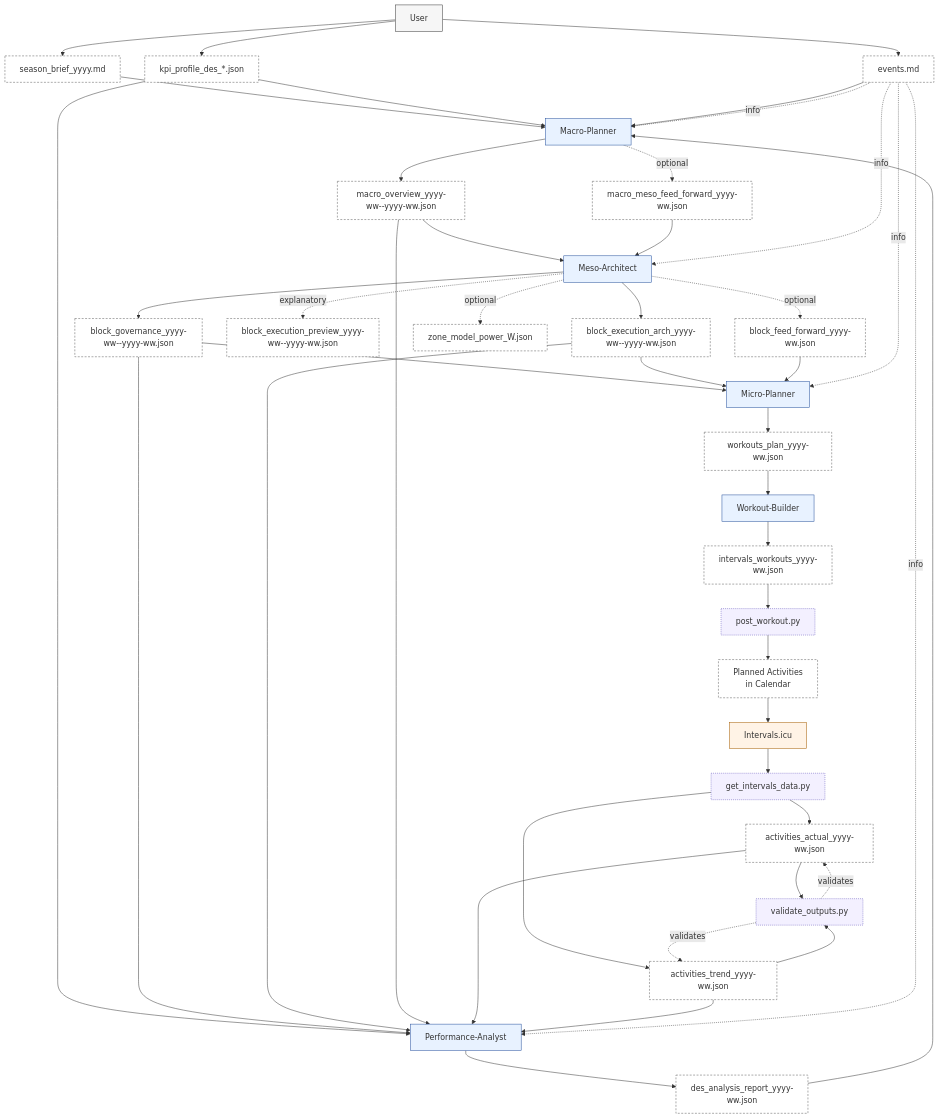
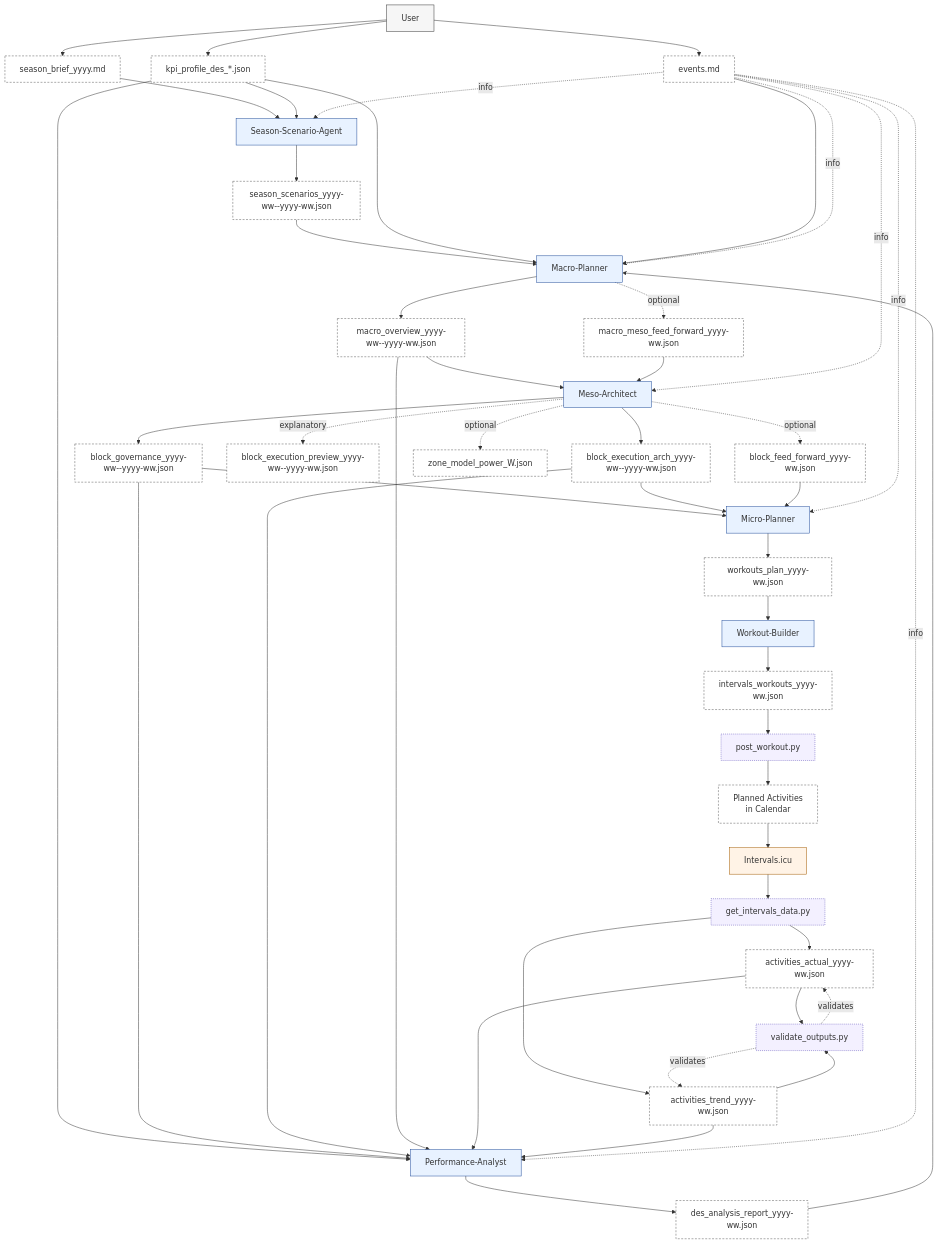
Before and after one commit to albauer-priv/RPS: the first of 8 diagrams in doc/artefact_flow_overview_and_detail.md, drawn with Mermaid. The commit also changed other lines of this file and 24 other files, not shown here.

Commit message:
Add season scenario agent and selection flow

```diff
--- a/doc/artefact_flow_overview_and_detail.md
+++ b/doc/artefact_flow_overview_and_detail.md
@@ -13,6 +13,7 @@
 flowchart TD
   %% Actors / Components
   U[User]:::actor
+  SS[Season-Scenario-Agent]:::agent
   MA[Macro-Planner]:::agent
   ME[Meso-Architect]:::agent
   MI[Micro-Planner]:::agent
@@ -27,6 +28,7 @@
   SB[season_brief_yyyy.md]:::artefact
   KP[kpi_profile_des_*.json]:::artefact
   EV[events.md]:::artefact
+  SC[season_scenarios_yyyy-ww--yyyy-ww.json]:::artefact
   MO[macro_overview_yyyy-ww--yyyy-ww.json]:::artefact
   MMFF[macro_meso_feed_forward_yyyy-ww.json]:::artefact
   BG[block_governance_yyyy-ww--yyyy-ww.json]:::artefact
@@ -42,10 +44,13 @@
   DR[des_analysis_report_yyyy-ww.json]:::artefact
 
   %% Planning chain
-  U --> SB --> MA
-  U --> KP --> MA
+  U --> SB --> SS
+  U --> KP --> SS
+  SS --> SC --> MA
+  KP --> MA
   KP --> PA
   U --> EV --> MA
+  EV -. info .-> SS
 
   MA --> MO --> ME
   MA -. optional .-> MMFF --> ME
```
